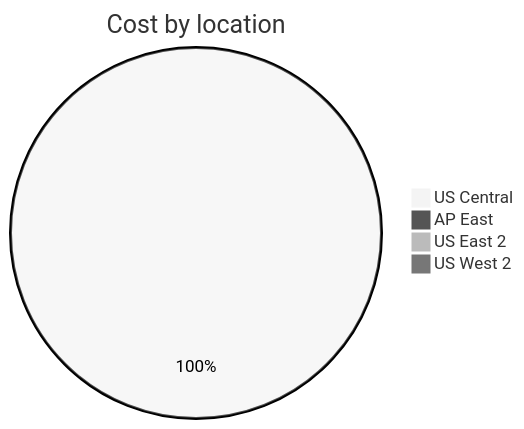
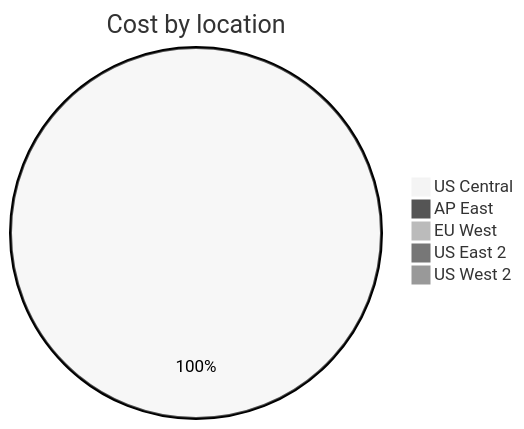
The third of 4 diagrams in cost-reports/personal-site/README.md (jpfulton/azure-personal-reports), drawn with Mermaid (neutral theme) before and after one commit. The commit also changed other lines of this file and 6 other files, not shown here.

````diff
--- a/cost-reports/personal-site/README.md
+++ b/cost-reports/personal-site/README.md
@@ -118,8 +119,9 @@
 ```mermaid
 pie
    title Cost by location
-   "US Central" : 0.47
+   "US Central" : 1.06
    "AP East" : 0.00
+   "EU West" : 0.00
    "US East 2" : 0.00
    "US West 2" : 0.00
 ```
````
